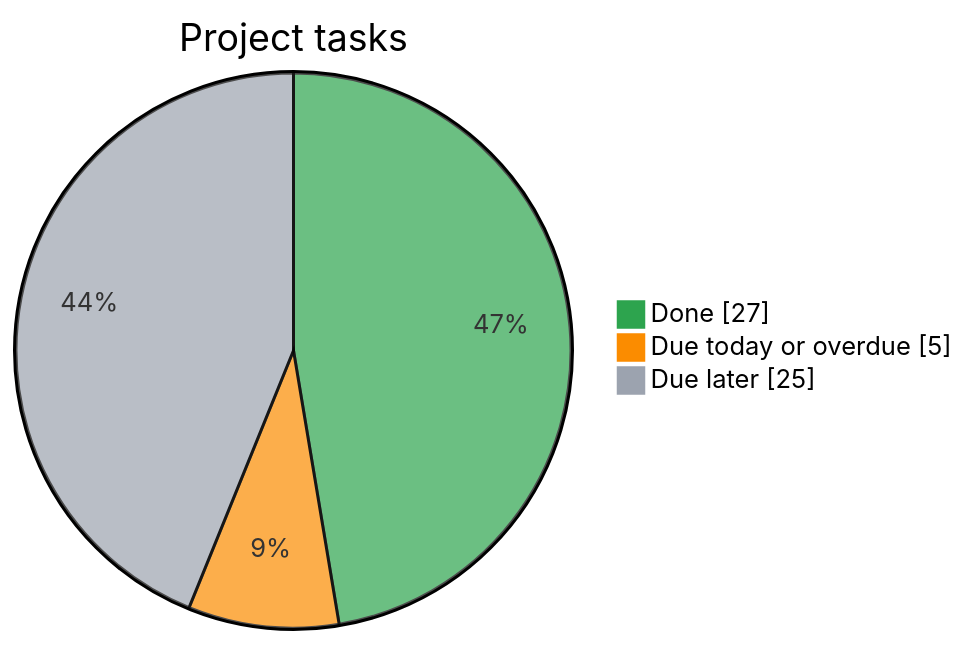
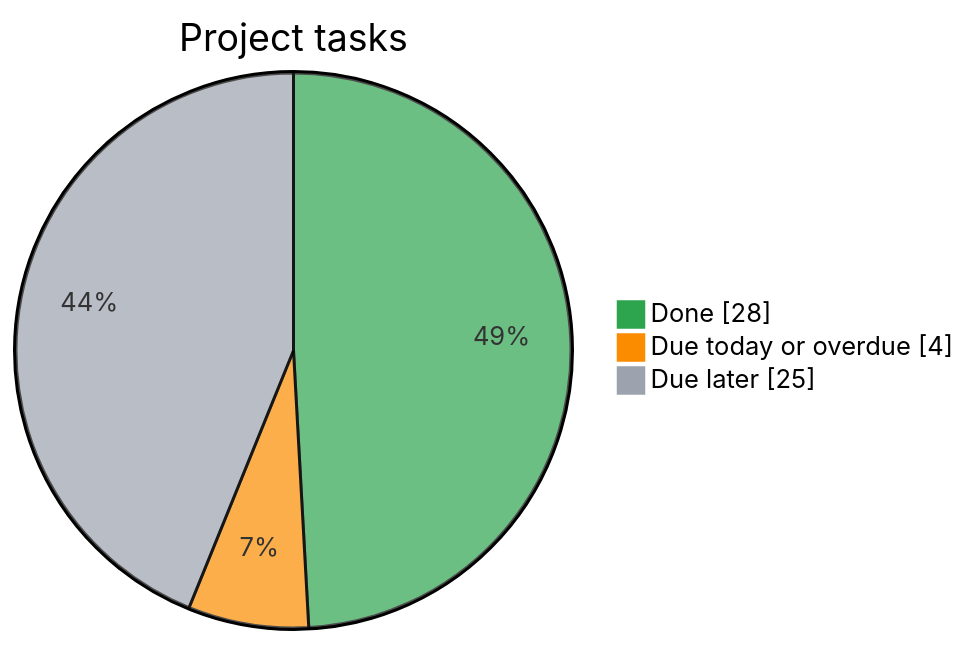
Before and after one commit to Kr1sKros/IKT466-Corporate-Bankruptcy-Predictor: the diagram in README.md, drawn with Mermaid. The commit also changed other lines of this file, not shown here.

Commit message:
docs: refresh task dashboard

````diff
--- a/README.md
+++ b/README.md
@@ -8,8 +8,8 @@
 ```mermaid
 %%{init: {"themeVariables": {"pie1": "#2da44e", "pie2": "#fb8c00", "pie3": "#9ca3af"}}}%%
 pie showData
     title Project tasks
-    "Done" : 27
-    "Due today or overdue" : 5
+    "Done" : 28
+    "Due today or overdue" : 4
     "Due later" : 25
 ```
````
